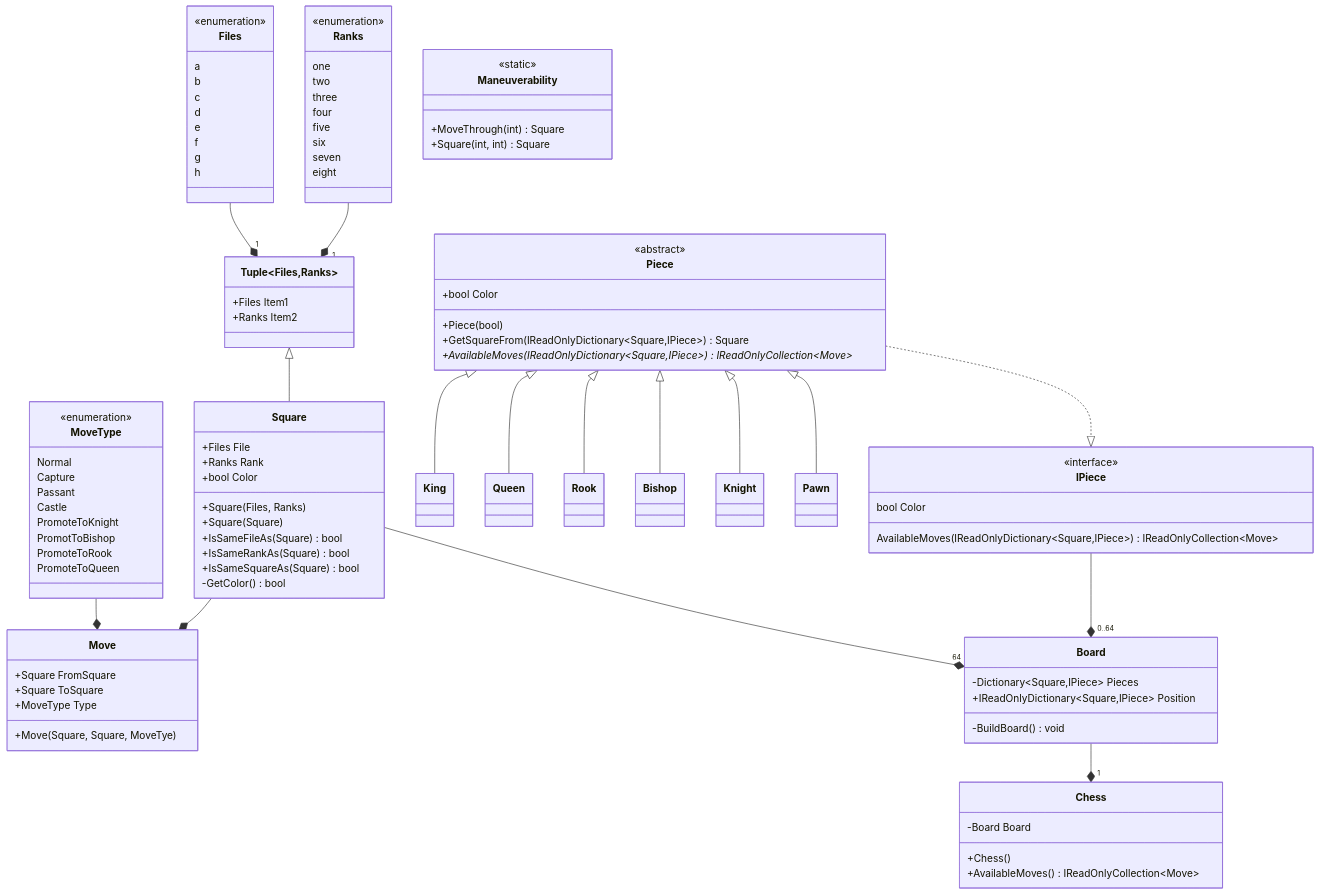
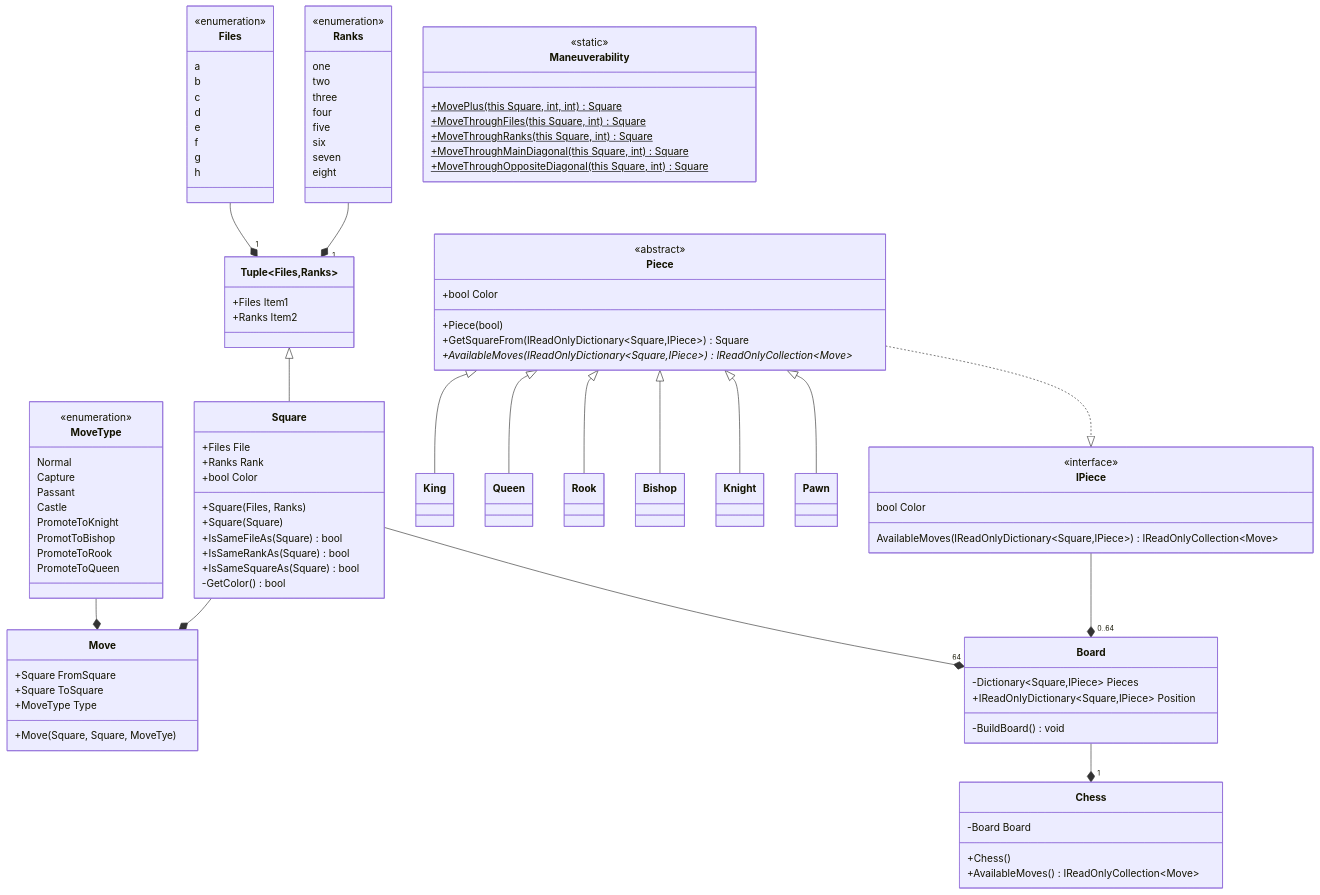
One commit to JeanLColombo/Mate changed the diagram in UML Diagram/Core/Core.md. Above: the diagram before and after it, drawn with Mermaid. The commit also changed 2 other files, not shown here.

Commit message:
Finished Maneuverability.cs

```diff
--- a/UML Diagram/Core/Core.md
+++ b/UML Diagram/Core/Core.md
@@ -90,8 +90,11 @@
     }
     class Maneuverability{
         <<static>>
-        +MoveThrough(int) Square
-        +Square(int, int) Square
+        +MovePlus(this Square, int, int)$ Square
+        +MoveThroughFiles(this Square, int)$ Square
+        +MoveThroughRanks(this Square, int)$ Square
+        +MoveThroughMainDiagonal(this Square, int)$ Square
+        +MoveThroughOppositeDiagonal(this Square, int)$ Square
     }
     Ranks --* "1"  Tuple~Files,Ranks~
     Files --* "1"  Tuple~Files,Ranks~
```
